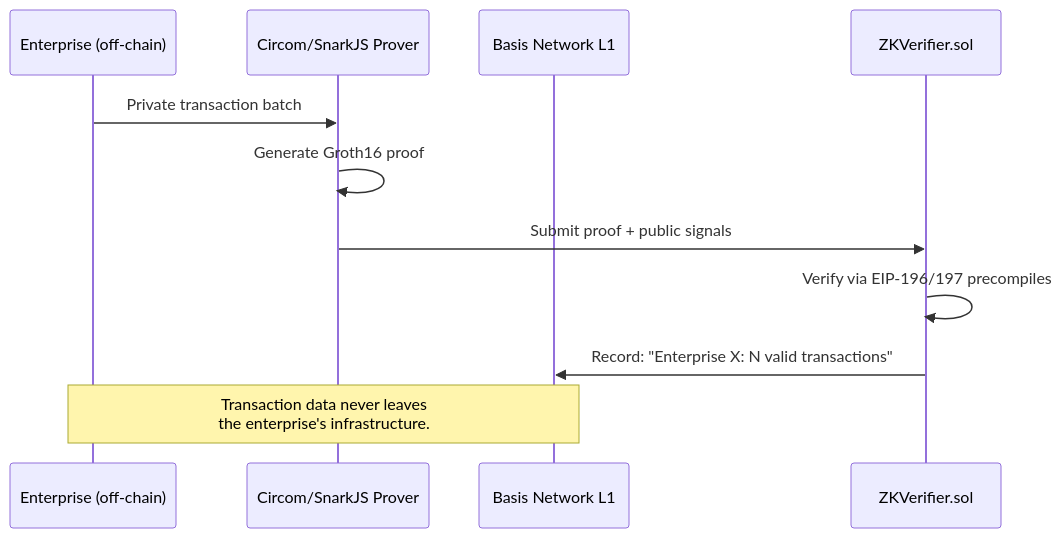
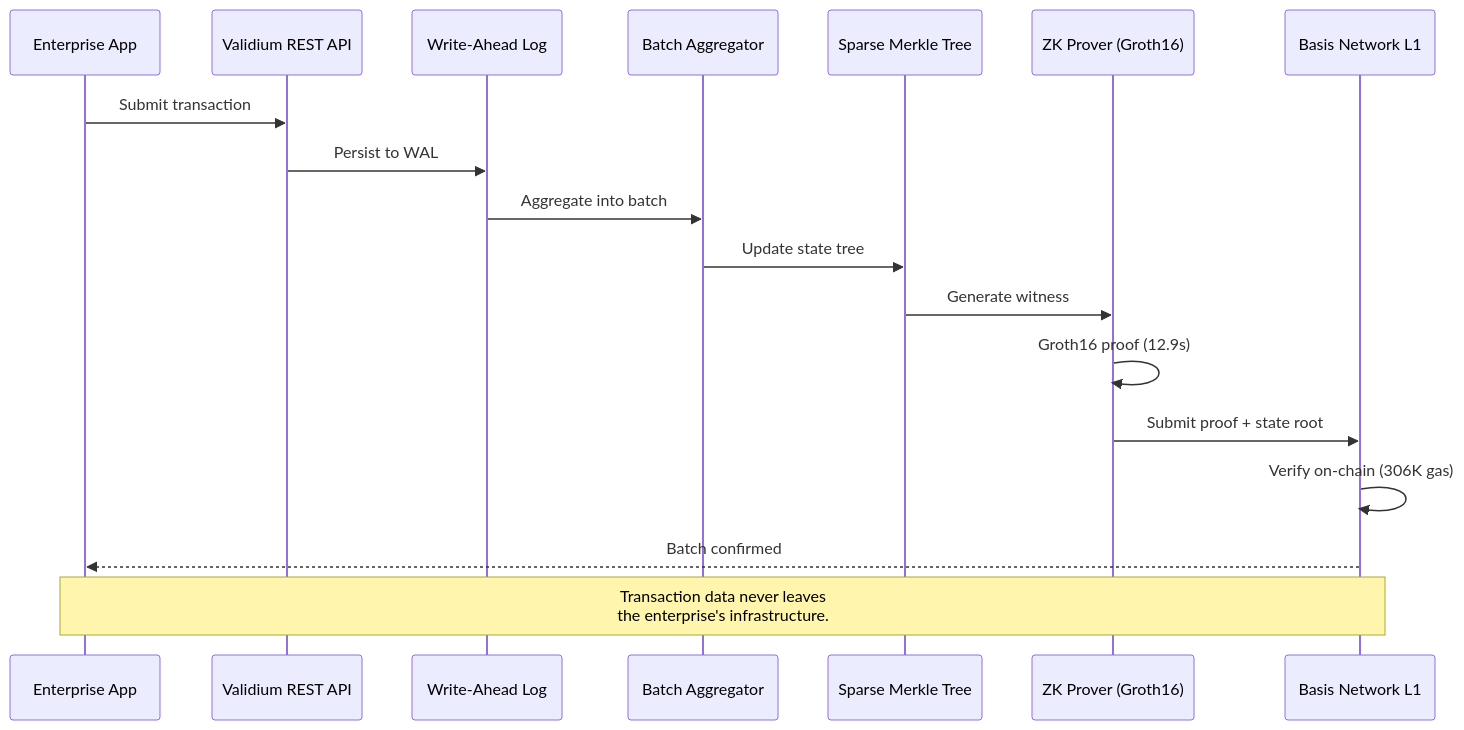
The second of 3 diagrams in README.md (sebastian-quintero-osorio/basis-network), drawn with Mermaid before and after one commit. The commit also changed other lines of this file and 17 other files, not shown here.

````diff
--- a/README.md
+++ b/README.md
@@ -214,14 +267,21 @@
 ```mermaid
 sequenceDiagram
-    participant E as Enterprise (off-chain)
-    participant P as Circom/SnarkJS Prover
+    participant App as Enterprise App
+    participant API as Validium REST API
+    participant WAL as Write-Ahead Log
+    participant Batch as Batch Aggregator
+    participant SMT as Sparse Merkle Tree
+    participant Prover as ZK Prover (Groth16)
     participant L1 as Basis Network L1
-    participant V as ZKVerifier.sol
 
-    E->>P: Private transaction batch
-    P->>P: Generate Groth16 proof
-    P->>V: Submit proof + public signals
-    V->>V: Verify via EIP-196/197 precompiles
-    V->>L1: Record: "Enterprise X: N valid transactions"
-    Note over E,L1: Transaction data never leaves<br/>the enterprise's infrastructure.
+    App->>API: Submit transaction
+    API->>WAL: Persist to WAL
+    WAL->>Batch: Aggregate into batch
+    Batch->>SMT: Update state tree
+    SMT->>Prover: Generate witness
+    Prover->>Prover: Groth16 proof (12.9s)
+    Prover->>L1: Submit proof + state root
+    L1->>L1: Verify on-chain (306K gas)
+    L1-->>App: Batch confirmed
+    Note over App,L1: Transaction data never leaves<br/>the enterprise's infrastructure.
 ```
````
